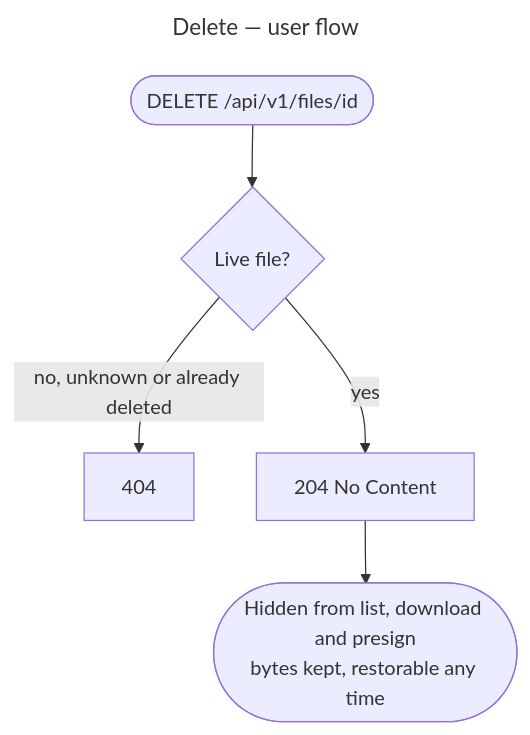
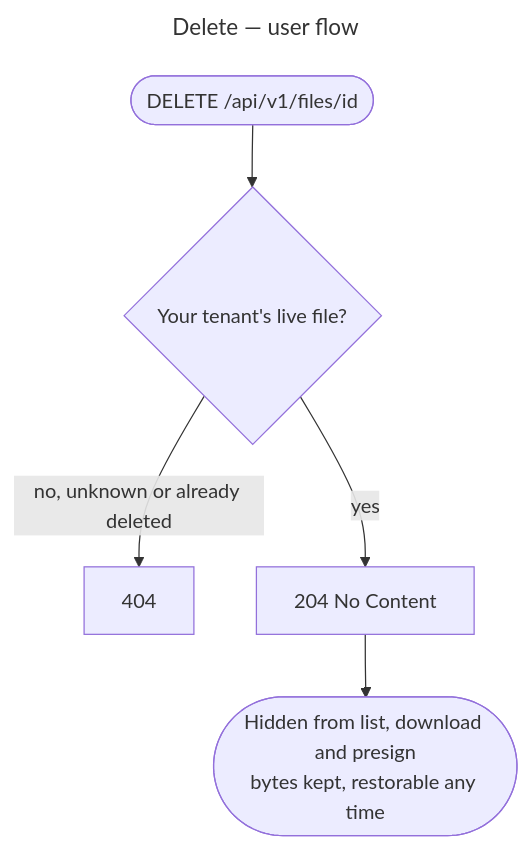
One commit to gmetskhvarishvili/GM.FileStorage.Samples changed the ninth of 12 diagrams in docs/user-flows.md. Above: the diagram before and after it, drawn with Mermaid. The commit also changed other lines of this file and 23 other files, not shown here.

````diff
--- a/docs/user-flows.md
+++ b/docs/user-flows.md
@@ -209,10 +216,10 @@
 ```mermaid
 ---
 title: Delete — user flow
 ---
 flowchart TD
-    start([DELETE /api/v1/files/id]) --> live{Live file?}
+    start([DELETE /api/v1/files/id]) --> live{Your tenant's live file?}
     live -- no, unknown or already deleted --> f404[404]
     live -- yes --> ok[204 No Content]
     ok --> after([Hidden from list, download and presign<br/>bytes kept, restorable any time])
 ```
````
